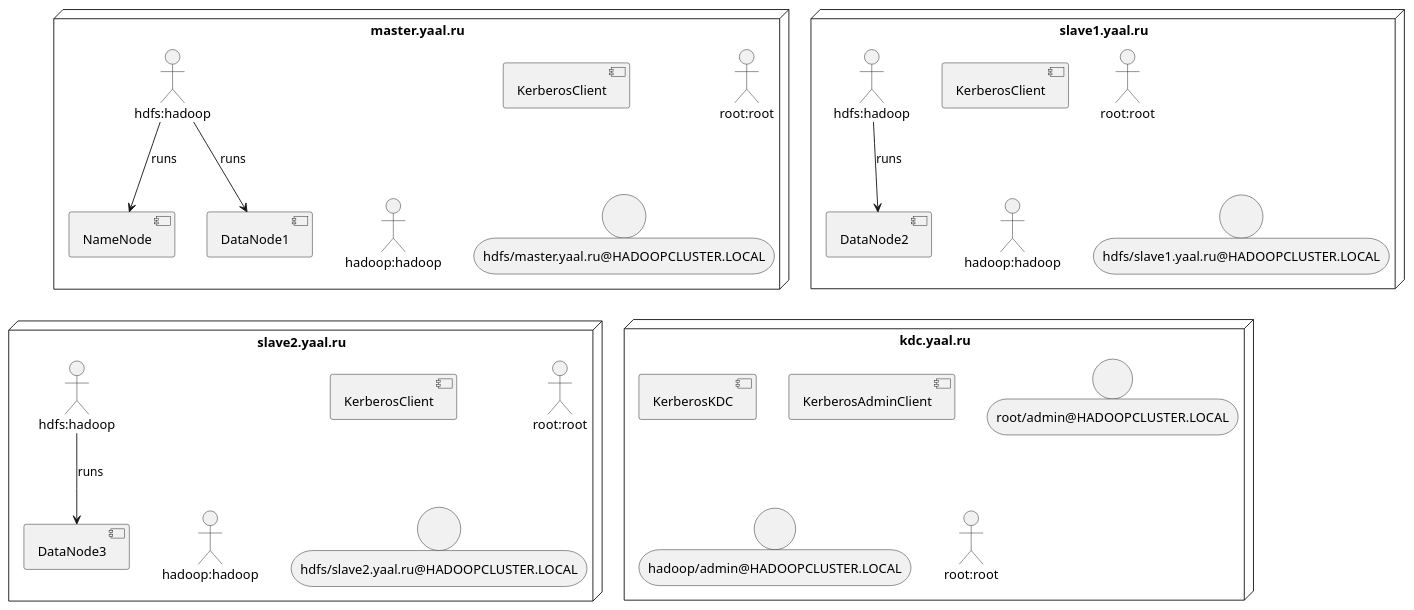
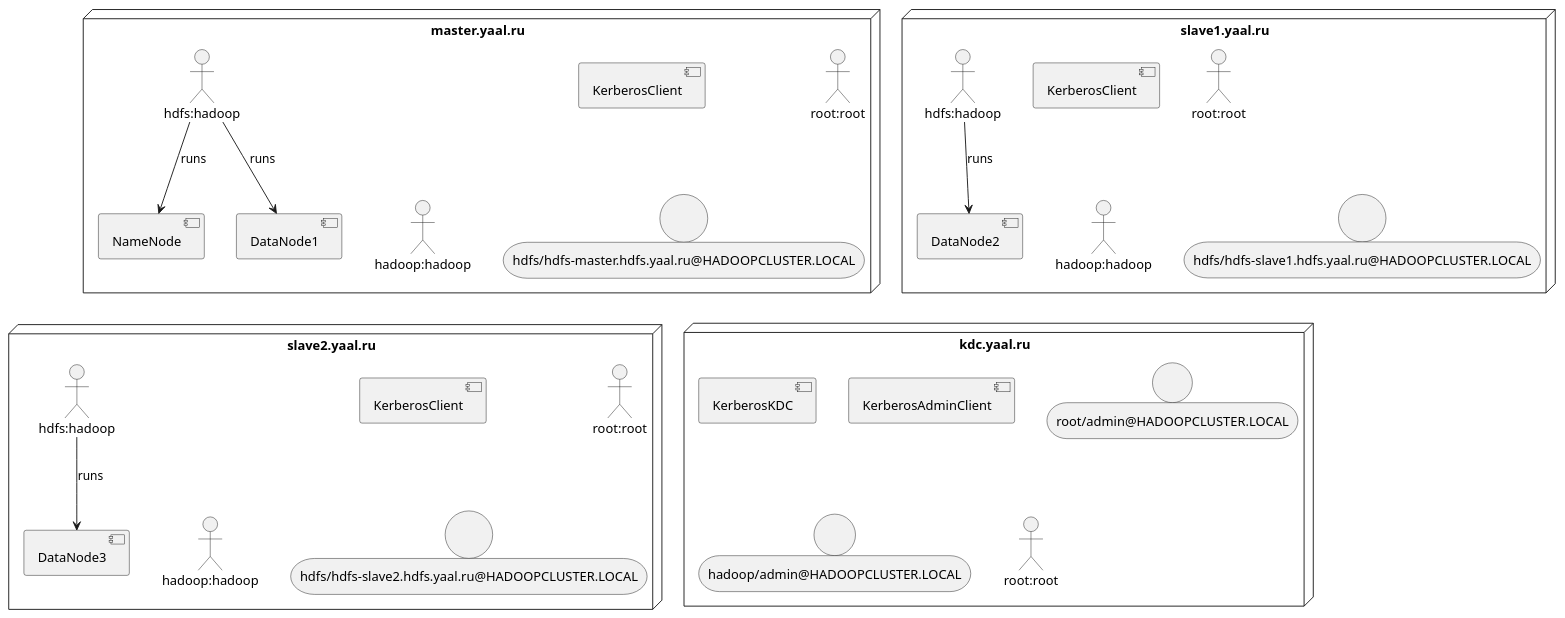
The diagram in Building+/Docker+/DockerImage+/Application+/Hadoop+/Hadoop2+/HdfsKerberosCluster/cluster.puml (Aleks-Ya/yaal_examples), drawn with PlantUML before and after one commit. The commit also changed 16 other files, not shown here.

```diff
--- a/Building+/Docker+/DockerImage+/Application+/Hadoop+/Hadoop2+/HdfsKerberosCluster/cluster.puml
+++ b/Building+/Docker+/DockerImage+/Application+/Hadoop+/Hadoop2+/HdfsKerberosCluster/cluster.puml
@@ -1,42 +1,42 @@
 @startuml
 'https://plantuml.com/deployment-diagram
 
 
 node "master.yaal.ru" {
     component NameNode
     component DataNode1
     component KerberosClient as KerberosClientM
     actor "root:root" as RootM
     actor "hadoop:hadoop" as HadoopM
     actor "hdfs:hadoop" as HdfsM
-    person "hdfs/master.yaal.ru@HADOOPCLUSTER.LOCAL"
+    person "hdfs/hdfs-master.hdfs.yaal.ru@HADOOPCLUSTER.LOCAL"
     HdfsM --> NameNode: runs
     HdfsM --> DataNode1: runs
 }
 node "slave1.yaal.ru" {
     component DataNode2
     component KerberosClient as KerberosClientS1
     actor "root:root" as RootS1
     actor "hadoop:hadoop" as HadoopS1
     actor "hdfs:hadoop" as HdfsS1
-    person "hdfs/slave1.yaal.ru@HADOOPCLUSTER.LOCAL"
+    person "hdfs/hdfs-slave1.hdfs.yaal.ru@HADOOPCLUSTER.LOCAL"
     HdfsS1 --> DataNode2: runs
 }
 node "slave2.yaal.ru" {
     component DataNode3
     component KerberosClient as KerberosClientS2
     actor "root:root" as RootS2
     actor "hadoop:hadoop" as HadoopS2
     actor "hdfs:hadoop" as HdfsS2
-    person "hdfs/slave2.yaal.ru@HADOOPCLUSTER.LOCAL"
+    person "hdfs/hdfs-slave2.hdfs.yaal.ru@HADOOPCLUSTER.LOCAL"
     HdfsS2 --> DataNode3: runs
 }
 node "kdc.yaal.ru" {
     component KerberosKDC
     component KerberosAdminClient
     person "root/admin@HADOOPCLUSTER.LOCAL"
     person "hadoop/admin@HADOOPCLUSTER.LOCAL"
     actor "root:root" as RootKdc
 }
 
 @enduml
```
